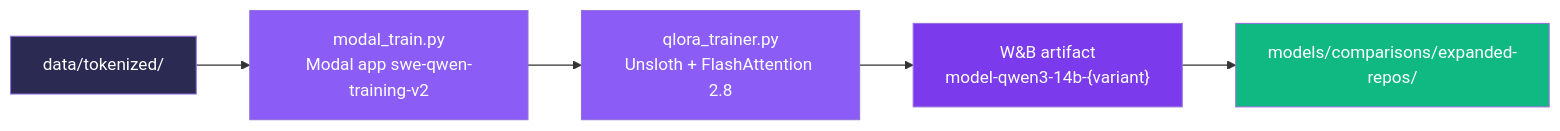
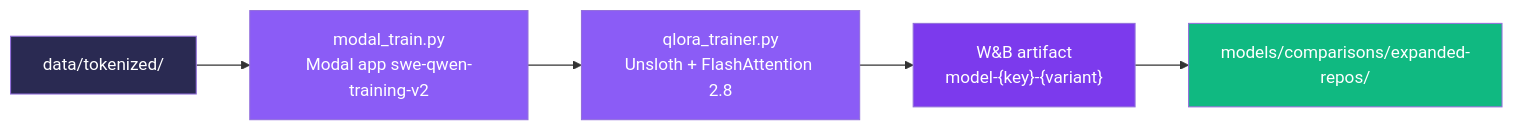
One commit to AhmedIkram05/SWE-Qwen changed the second of 4 diagrams in docs/deep-dives.md. Above: the diagram before and after it, drawn with Mermaid. The commit also changed other lines of this file, not shown here.

First line of the commit message:
feat: Update deep dive documentation for model registry and tokenization

````diff
--- a/docs/deep-dives.md
+++ b/docs/deep-dives.md
@@ -63,12 +85,12 @@
 ```mermaid
 flowchart LR
     A["data/tokenized/"] --> B["modal_train.py<br/>Modal app swe-qwen-training-v2"]
     B --> C["qlora_trainer.py<br/>Unsloth + FlashAttention 2.8"]
-    C --> D["W&B artifact<br/>model-qwen3-14b-{variant}"]
+    C --> D["W&B artifact<br/>model-{key}-{variant}"]
     D --> E["models/comparisons/expanded-repos/"]
     style A fill:#2a2a52,color:#fff
     style B fill:#8b5cf6,color:#fff
     style C fill:#8b5cf6,color:#fff
     style D fill:#7c3aed,color:#fff
     style E fill:#10b981,color:#fff
 ```
````
